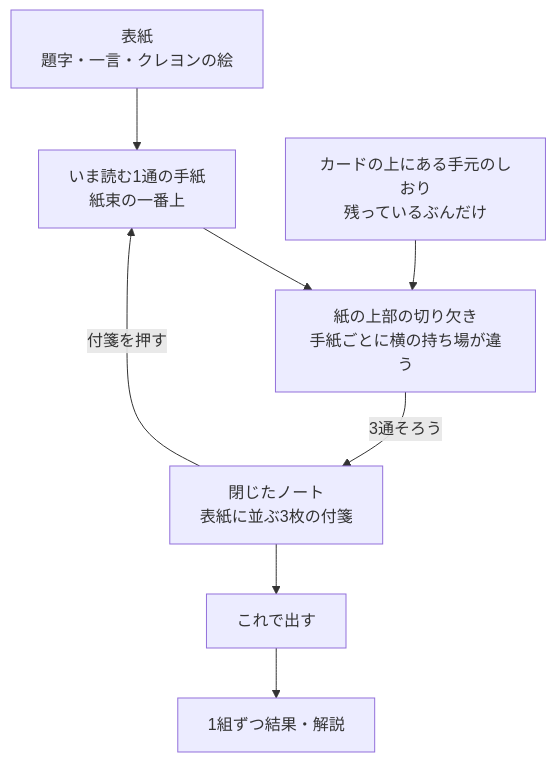
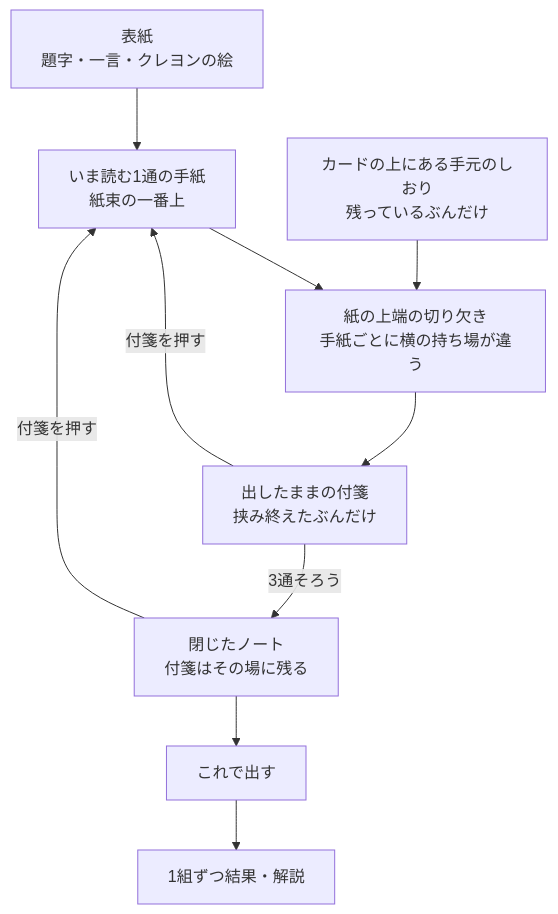
Before and after one commit to Digix00/58-Hackathon-202609: the diagram in docs/requirements/screens/quiz.md, drawn with Mermaid. The commit also changed other lines of this file and 2 other files, not shown here.

````diff
--- a/docs/requirements/screens/quiz.md
+++ b/docs/requirements/screens/quiz.md
@@ -13,17 +13,20 @@
 ```mermaid
 flowchart TB
   Cover["表紙<br/>題字・一言・クレヨンの絵"]
   Letter["いま読む1通の手紙<br/>紙束の一番上"]
-  Slot["紙の上部の切り欠き<br/>手紙ごとに横の持ち場が違う"]
+  Slot["紙の上端の切り欠き<br/>手紙ごとに横の持ち場が違う"]
   Tray["カードの上にある手元のしおり<br/>残っているぶんだけ"]
-  Closed["閉じたノート<br/>表紙に並ぶ3枚の付箋"]
+  Tabs["出したままの付箋<br/>挟み終えたぶんだけ"]
+  Closed["閉じたノート<br/>付箋はその場に残る"]
   Send["これで出す"]
   Result["1組ずつ結果・解説"]
 
   Cover --> Letter
   Letter --> Slot
   Tray --> Slot
-  Slot -- 3通そろう --> Closed
+  Slot --> Tabs
+  Tabs -- 付箋を押す --> Letter
+  Tabs -- 3通そろう --> Closed
   Closed -- 付箋を押す --> Letter
   Closed --> Send --> Result
 ```
````
